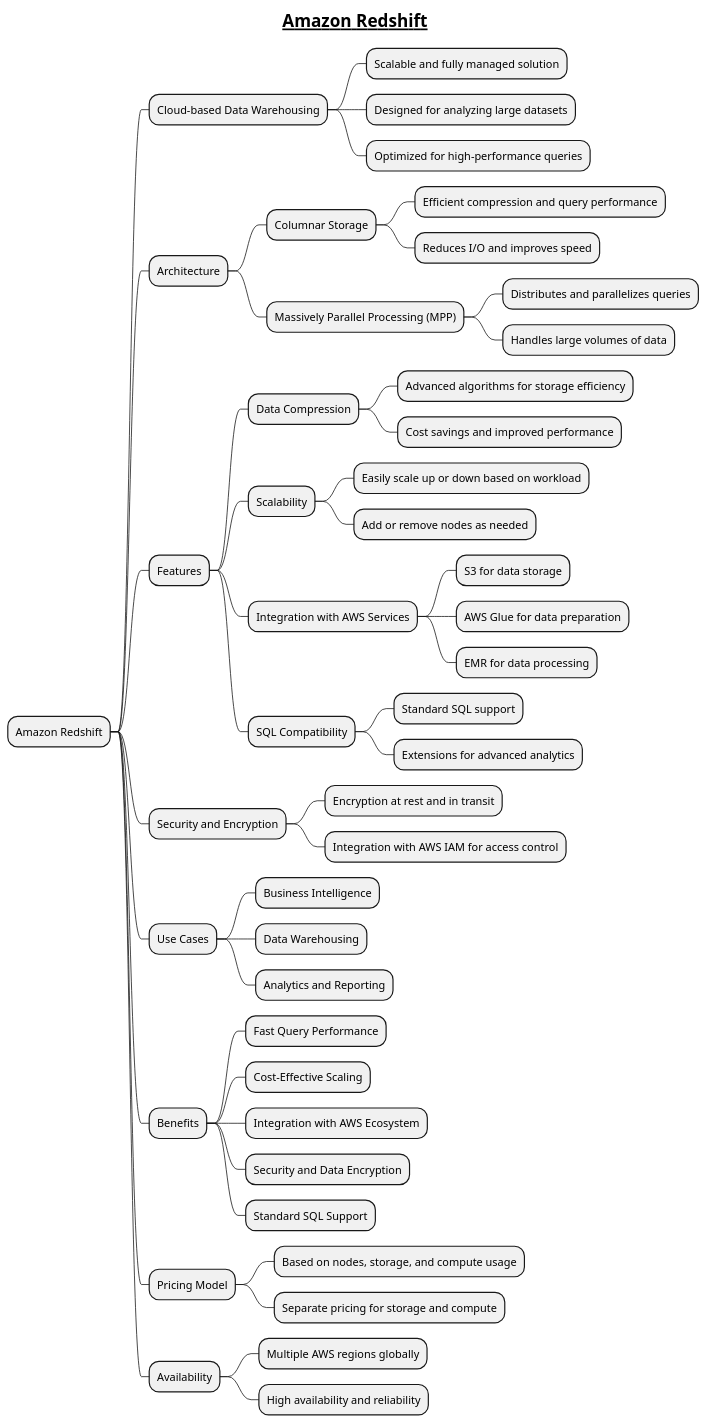
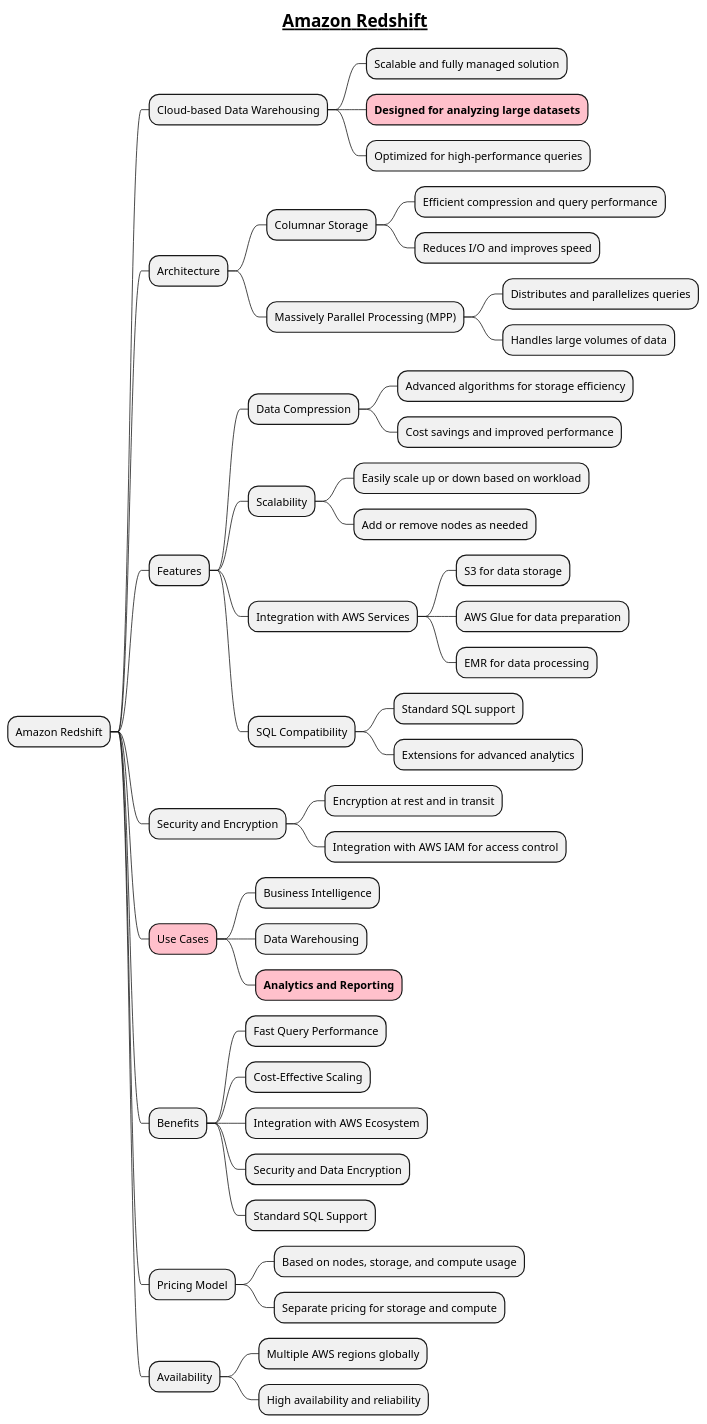
Before and after one commit to MehmoodHashmi/Documentation-as-Code-DaC: the diagram in docs/cloud-computing/AWS Cloud/Amazon-Redshift.puml, drawn with PlantUML. The commit also changed 13 other files, not shown here.

Commit message:
added new mindmaps

```diff
--- a/docs/cloud-computing/AWS Cloud/Amazon-Redshift.puml
+++ b/docs/cloud-computing/AWS Cloud/Amazon-Redshift.puml
@@ -1,51 +1,51 @@
 @startmindmap
 
 title =__ Amazon Redshift__
 
 * Amazon Redshift
 ** Cloud-based Data Warehousing
 *** Scalable and fully managed solution
-*** Designed for analyzing large datasets
+***[#pink] **Designed for analyzing large datasets**
 *** Optimized for high-performance queries
 ** Architecture
 *** Columnar Storage
 **** Efficient compression and query performance
 **** Reduces I/O and improves speed
 *** Massively Parallel Processing (MPP)
 **** Distributes and parallelizes queries
 **** Handles large volumes of data
 ** Features
 *** Data Compression
 **** Advanced algorithms for storage efficiency
 **** Cost savings and improved performance
 *** Scalability
 **** Easily scale up or down based on workload
 **** Add or remove nodes as needed
 *** Integration with AWS Services
 **** S3 for data storage
 **** AWS Glue for data preparation
 **** EMR for data processing
 *** SQL Compatibility
 **** Standard SQL support
 **** Extensions for advanced analytics
 ** Security and Encryption
 *** Encryption at rest and in transit
 *** Integration with AWS IAM for access control
-** Use Cases
+**[#pink] Use Cases
 *** Business Intelligence
 *** Data Warehousing
-*** Analytics and Reporting
+***[#pink] **Analytics and Reporting**
 ** Benefits
 *** Fast Query Performance
 *** Cost-Effective Scaling
 *** Integration with AWS Ecosystem
 *** Security and Data Encryption
 *** Standard SQL Support
 ** Pricing Model
 *** Based on nodes, storage, and compute usage
 *** Separate pricing for storage and compute
 ** Availability
 *** Multiple AWS regions globally
 *** High availability and reliability
 
 @endmindmap
```
